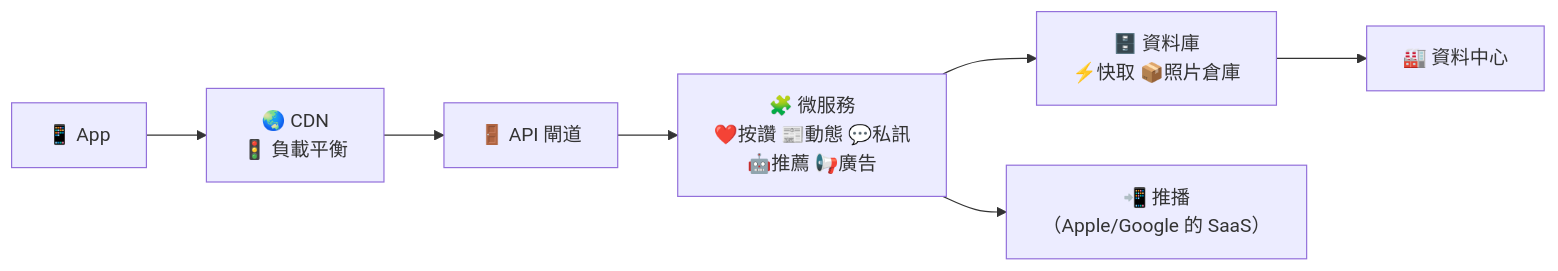
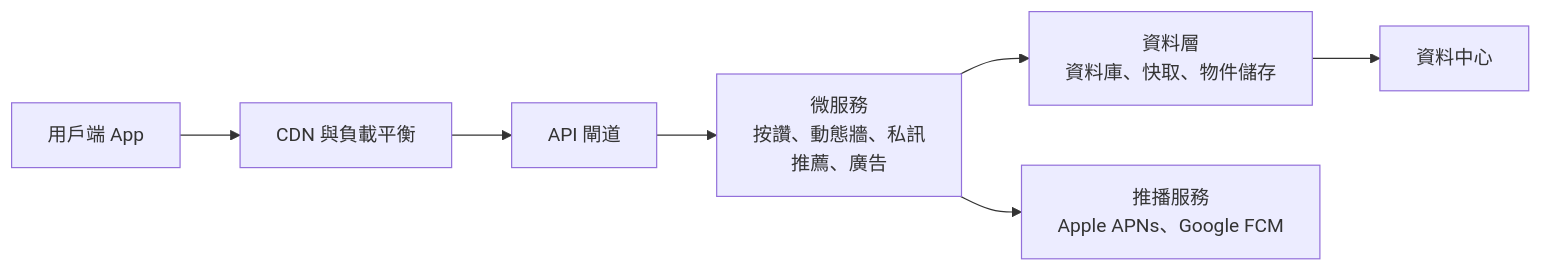
One commit to cychiang-ntpu/VibeNTPU changed the first of 2 diagrams in lectures/wk01_1007_saas-storefront/README.md. Above: the diagram before and after it, drawn with Mermaid. The commit also changed other lines of this file and 43 other files, not shown here.

````diff
--- a/lectures/wk01_1007_saas-storefront/README.md
+++ b/lectures/wk01_1007_saas-storefront/README.md
@@ -82,5 +105,5 @@
 ```mermaid
 flowchart LR
-    A["📱 App"] --> B["🌏 CDN<br/>🚦 負載平衡"] --> C["🚪 API 閘道"] --> D["🧩 微服務<br/>❤️按讚 📰動態 💬私訊<br/>🤖推薦 📢廣告"] --> E["🗄️ 資料庫<br/>⚡快取 📦照片倉庫"] --> F["🏭 資料中心"]
-    D --> G["📲 推播<br/>（Apple/Google 的 SaaS）"]
+    A["用戶端 App"] --> B["CDN 與負載平衡"] --> C["API 閘道"] --> D["微服務<br/>按讚、動態牆、私訊<br/>推薦、廣告"] --> E["資料層<br/>資料庫、快取、物件儲存"] --> F["資料中心"]
+    D --> G["推播服務<br/>Apple APNs、Google FCM"]
 ```
````
